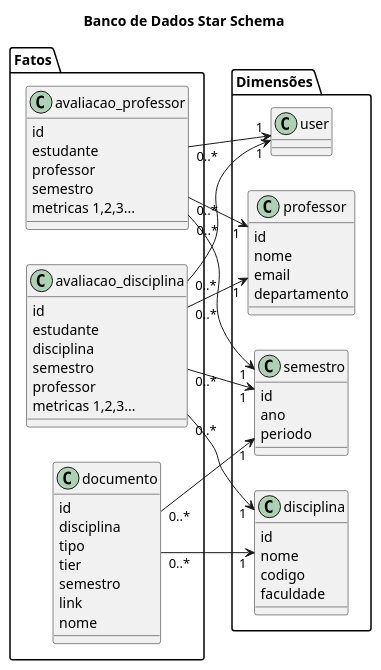
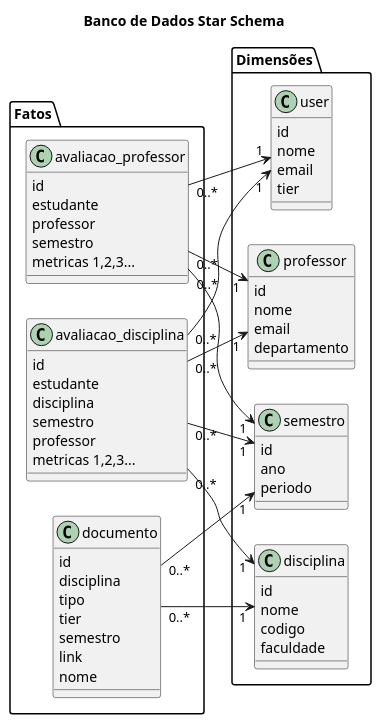
One commit to matmarcillo/Ferramentas-Estudo-UFF changed the diagram in esquemas/bd/db.puml. Above: the diagram before and after it, drawn with PlantUML. The commit also changed 5 other files, not shown here.

```diff
--- a/esquemas/bd/db.puml
+++ b/esquemas/bd/db.puml
@@ -1,72 +1,76 @@
 @startuml database
 left to right direction
 
 title Banco de Dados Star Schema
 
 package "Dimensões" {
   class user {
+    id
+    nome
+    email
+    tier
   }
 
   class professor {
       id
       nome
       email
       departamento
   }
 
   class disciplina {
       id
       nome
       codigo
       faculdade
   }
 
   class semestro {
       id
       ano
       periodo
   }
 }
 
 package "Fatos" {
   class avaliacao_disciplina {
       id
       estudante
       disciplina
       semestro
       professor
       metricas 1,2,3...
   }
 
   class avaliacao_professor {
       id
       estudante
       professor
       semestro
       metricas 1,2,3...
   }
 
   class documento {
       id
       disciplina
       tipo
       tier
       semestro
       link
       nome
   }
 }
 
 avaliacao_disciplina "0..*" --> "1" user
 avaliacao_disciplina "0..*" --> "1" disciplina
 avaliacao_disciplina "0..*" --> "1" semestro
 avaliacao_disciplina "0..*" --> "1" professor
 
 avaliacao_professor "0..*" --> "1" user
 avaliacao_professor "0..*" --> "1" professor
 avaliacao_professor "0..*" --> "1" semestro
 
 documento "0..*" --> "1" disciplina
 documento "0..*" --> "1" semestro
 
 @enduml
```
